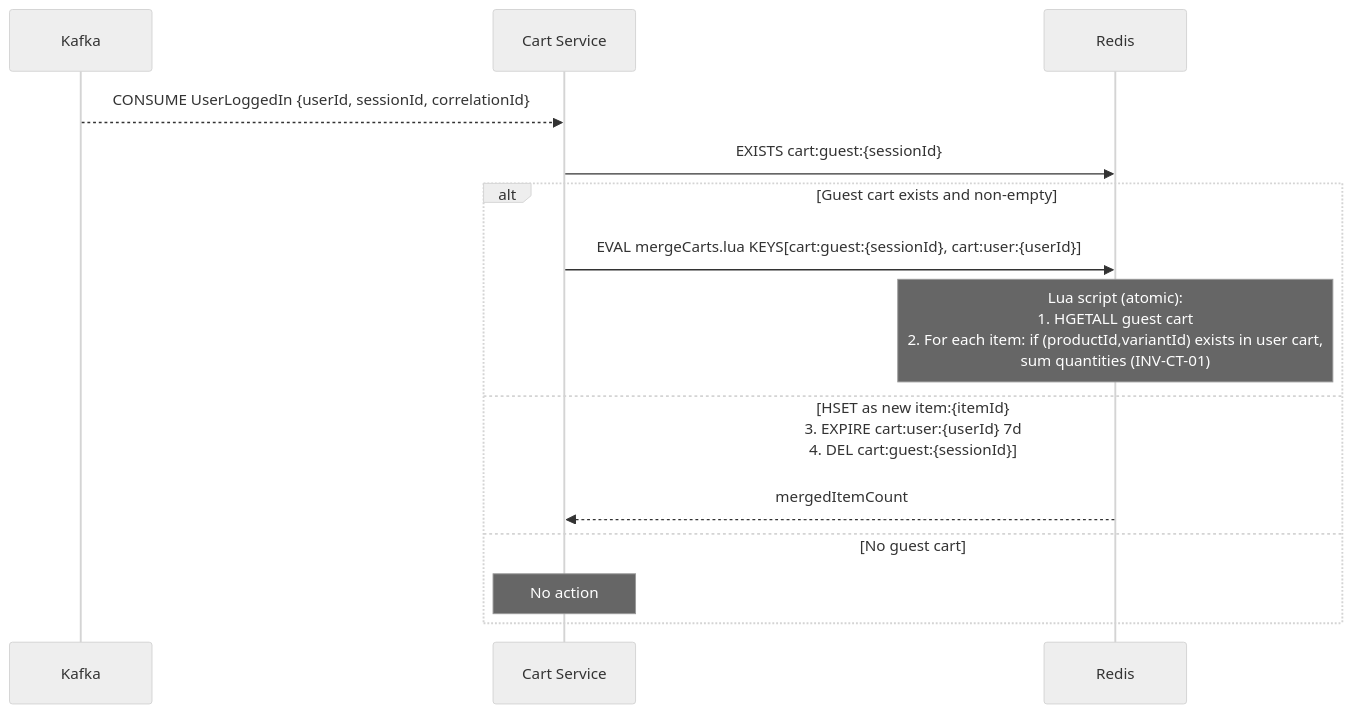
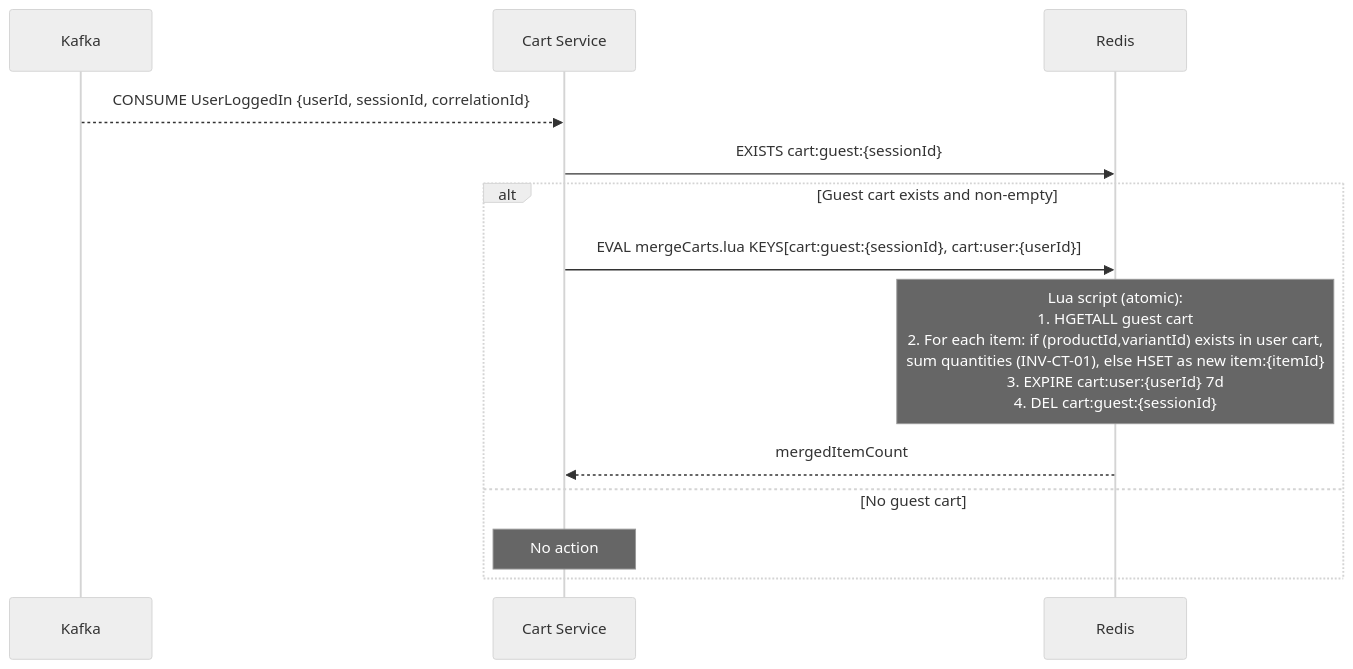
One commit to minoltan/ecommerce-platform changed the fifth of 5 diagrams in docs/lld/cart-lld.md. Above: the diagram before and after it, drawn with Mermaid (neutral theme). The commit also changed 2 other files, not shown here.

Commit message:
fix: replace literal semicolons in mermaid Note text with commas (#59)
GitHub's mermaid renderer treats ';' as a statement separator, so any
semicolon inside sequence-diagram Note/message text breaks parsing
(e.g. SD-04 Product Search failed to render). Verified against the
mermaid parser directly (mermaid@10, node) before and after the fix.

````diff
--- a/docs/lld/cart-lld.md
+++ b/docs/lld/cart-lld.md
@@ -374,17 +374,17 @@
 ```mermaid
 sequenceDiagram
     participant Kafka
     participant CS as Cart Service
     participant Redis
 
     Kafka-->>CS: CONSUME UserLoggedIn {userId, sessionId, correlationId}
     CS->>Redis: EXISTS cart:guest:{sessionId}
 
     alt Guest cart exists and non-empty
         CS->>Redis: EVAL mergeCarts.lua KEYS[cart:guest:{sessionId}, cart:user:{userId}]
-        Note over Redis: Lua script (atomic):<br/>1. HGETALL guest cart<br/>2. For each item: if (productId,variantId) exists in user cart,<br/>   sum quantities (INV-CT-01); else HSET as new item:{itemId}<br/>3. EXPIRE cart:user:{userId} 7d<br/>4. DEL cart:guest:{sessionId}
+        Note over Redis: Lua script (atomic):<br/>1. HGETALL guest cart<br/>2. For each item: if (productId,variantId) exists in user cart,<br/>   sum quantities (INV-CT-01), else HSET as new item:{itemId}<br/>3. EXPIRE cart:user:{userId} 7d<br/>4. DEL cart:guest:{sessionId}
         Redis-->>CS: mergedItemCount
     else No guest cart
         Note over CS: No action
     end
 ```
````
